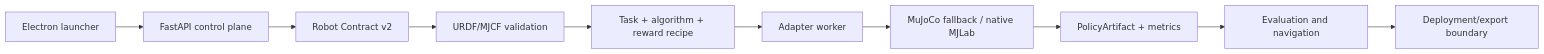
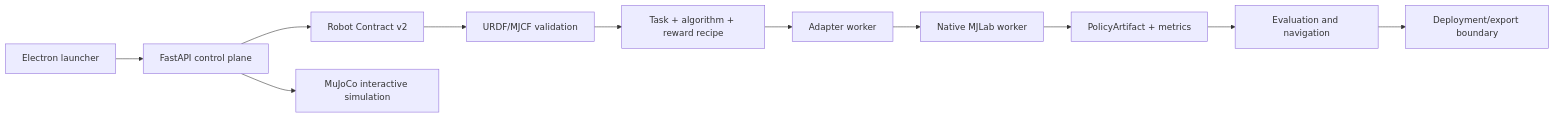
One commit to zeitvex-lab/LeggedStudio changed the diagram in docs/ARCHITECTURE.md. Above: the diagram before and after it, drawn with Mermaid. The commit also changed other lines of this file and 30 other files, not shown here.

Commit message:
make native MJLab the only training backend

````diff
--- a/docs/ARCHITECTURE.md
+++ b/docs/ARCHITECTURE.md
@@ -11,12 +11,13 @@
 ```mermaid
 flowchart LR
   Desktop[Electron launcher] --> API[FastAPI control plane]
   API --> Contract[Robot Contract v2]
   Contract --> Validate[URDF/MJCF validation]
   Validate --> Recipe[Task + algorithm + reward recipe]
   Recipe --> Worker[Adapter worker]
-  Worker --> Train[MuJoCo fallback / native MJLab]
+  Worker --> Train[Native MJLab worker]
+  API --> Sim[MuJoCo interactive simulation]
   Train --> Artifact[PolicyArtifact + metrics]
   Artifact --> Eval[Evaluation and navigation]
   Eval --> Export[Deployment/export boundary]
 ```
````
